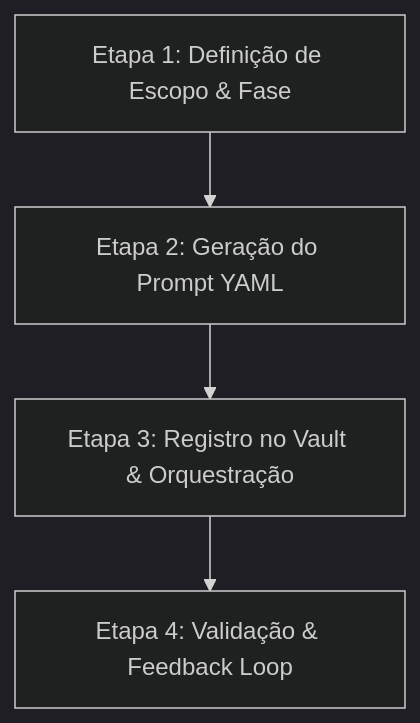
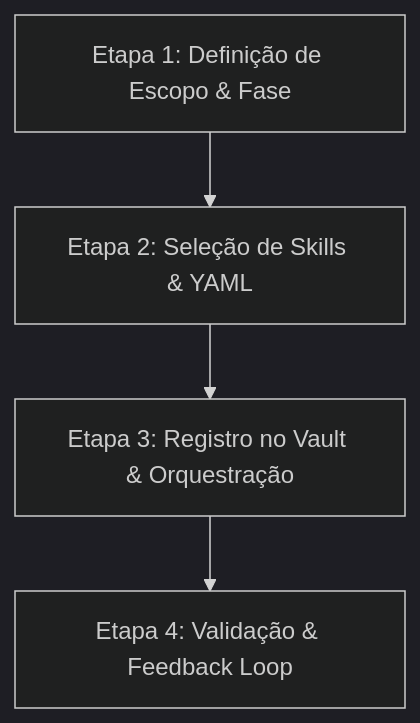
One commit to murilo-lameira/Stream-Deck changed the diagram in .agents/skills/create-agent/SKILL.md. Above: the diagram before and after it, drawn with Mermaid (dark theme). The commit also changed other lines of this file and 7 other files, not shown here.

````diff
--- a/.agents/skills/create-agent/SKILL.md
+++ b/.agents/skills/create-agent/SKILL.md
@@ -32,6 +47,6 @@
 ```mermaid
 graph TD
-    A[Etapa 1: Definição de Escopo & Fase] --> B[Etapa 2: Geração do Prompt YAML]
+    A[Etapa 1: Definição de Escopo & Fase] --> B[Etapa 2: Seleção de Skills & YAML]
     B --> C[Etapa 3: Registro no Vault & Orquestração]
     C --> D[Etapa 4: Validação & Feedback Loop]
 ```
````
